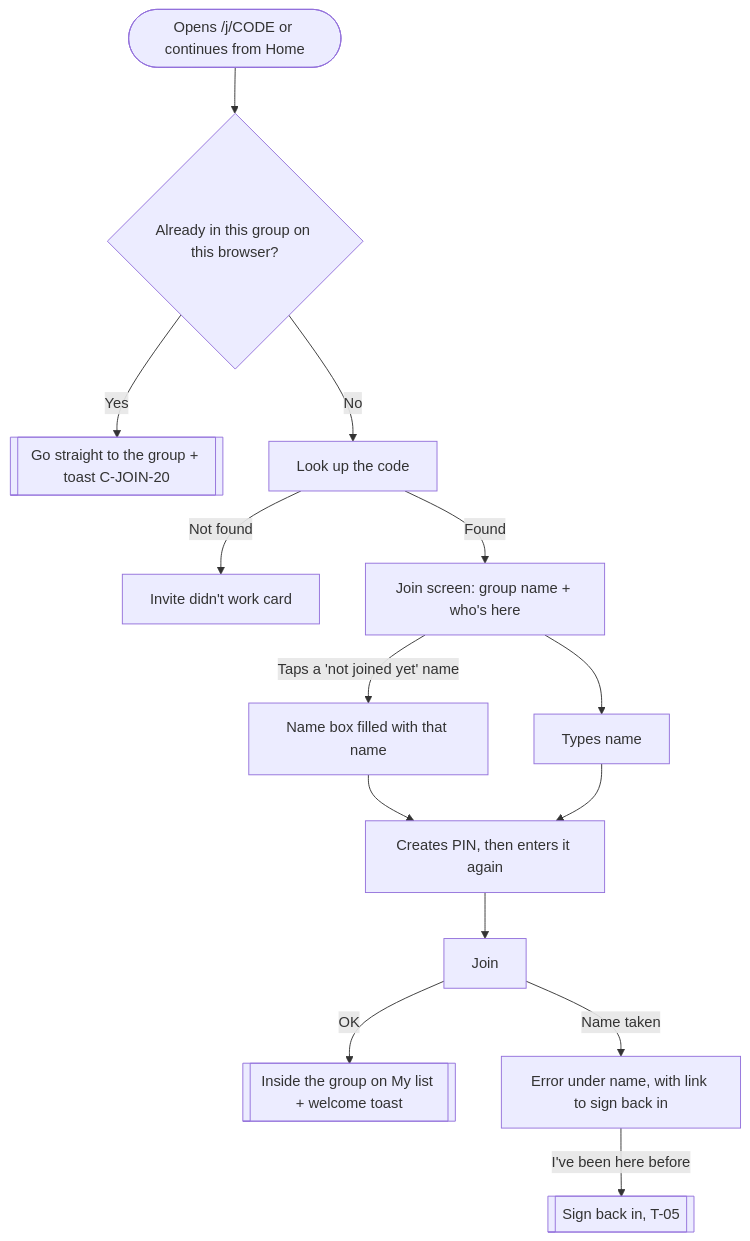
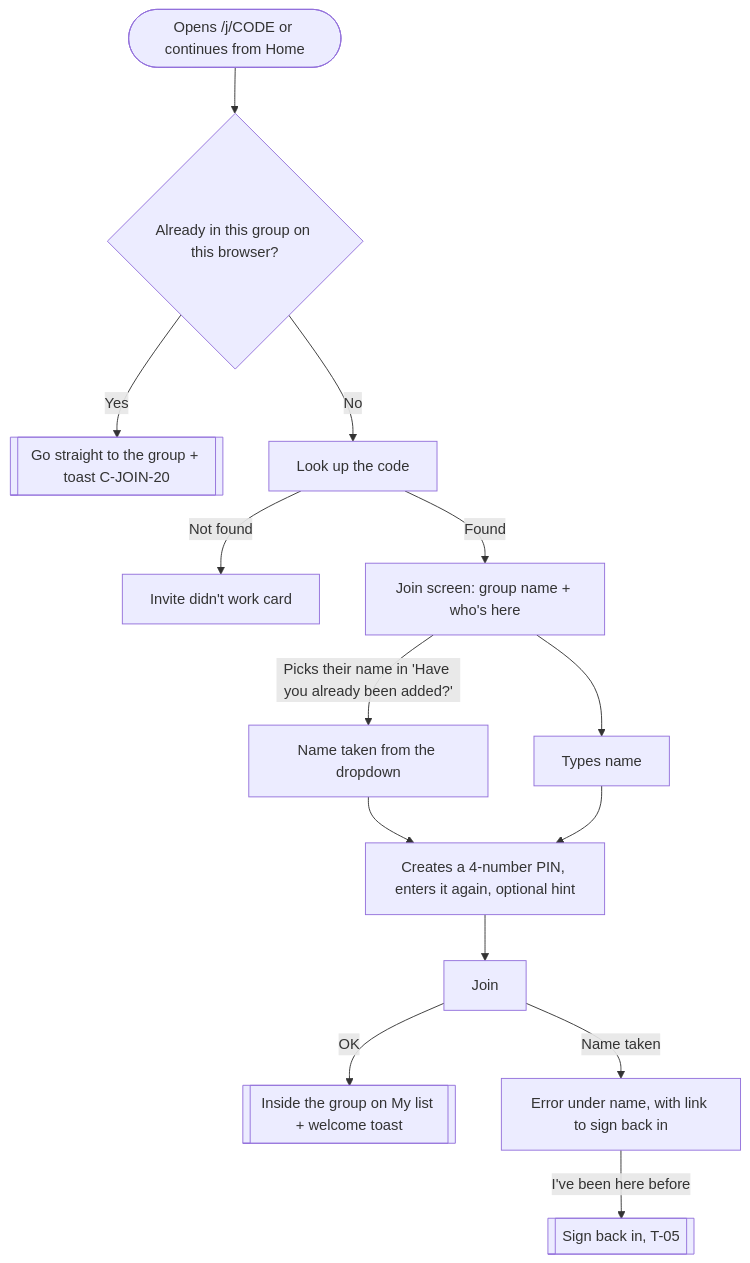
The second of 4 diagrams in docs/UI_INTERACTION_MAPS.md (mattydphd704/sideproj), drawn with Mermaid before and after one commit. The commit also changed other lines of this file and 40 other files, not shown here.

First line of the commit message:
TPM UI review round 1: 4-digit visible PINs with optional hint, added-names dropdown, simplified Home

````diff
--- a/docs/UI_INTERACTION_MAPS.md
+++ b/docs/UI_INTERACTION_MAPS.md
@@ -111,16 +104,16 @@
 ```mermaid
 flowchart TD
   a([Opens /j/CODE or continues from Home]) --> already{Already in this group on this browser?}
   already -->|Yes| inside[[Go straight to the group + toast C-JOIN-20]]
   already -->|No| look[Look up the code]
   look -->|Not found| bad[Invite didn't work card]
   look -->|Found| join[Join screen: group name + who's here]
-  join -->|Taps a 'not joined yet' name| fill[Name box filled with that name]
+  join -->|Picks their name in 'Have you already been added?'| fill[Name taken from the dropdown]
   join --> name[Types name]
   fill --> pin
-  name --> pin[Creates PIN, then enters it again]
+  name --> pin[Creates a 4-number PIN, enters it again, optional hint]
   pin --> send[Join]
   send -->|OK| welcome[[Inside the group on My list + welcome toast]]
   send -->|Name taken| taken[Error under name, with link to sign back in]
   taken -->|I've been here before| recover[[Sign back in, T-05]]
 ```
````
